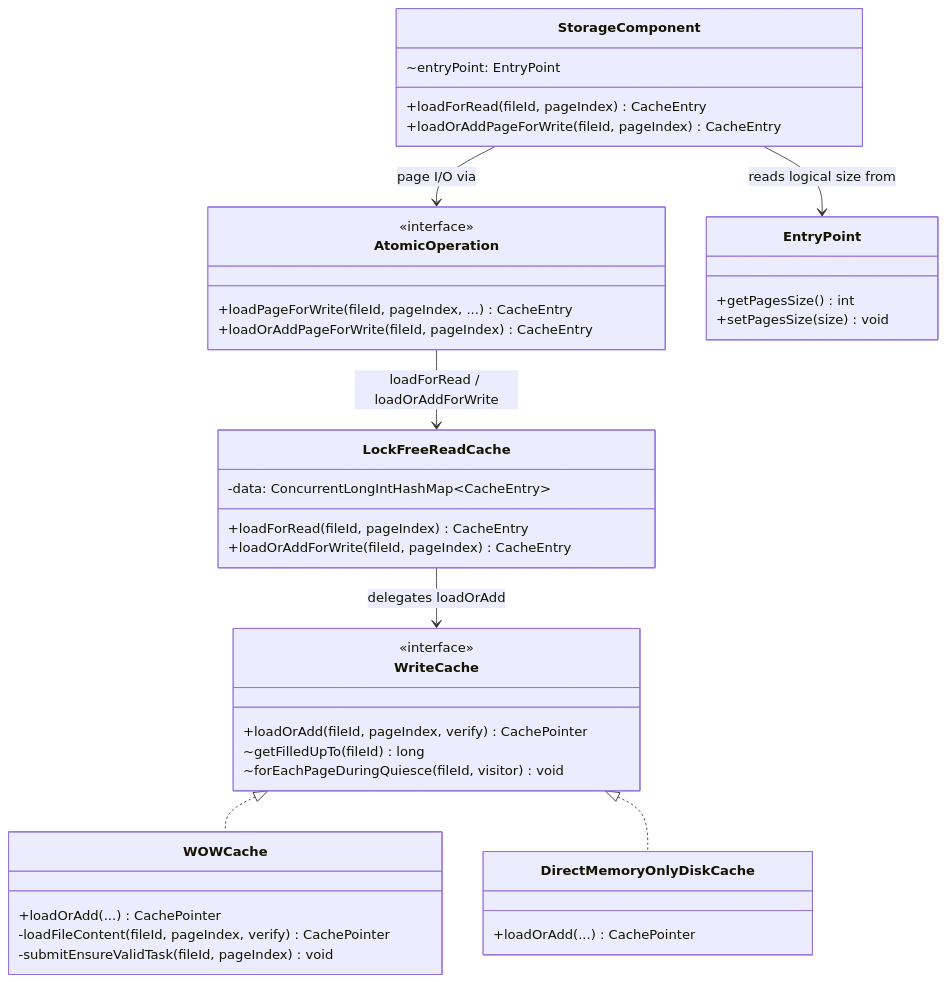
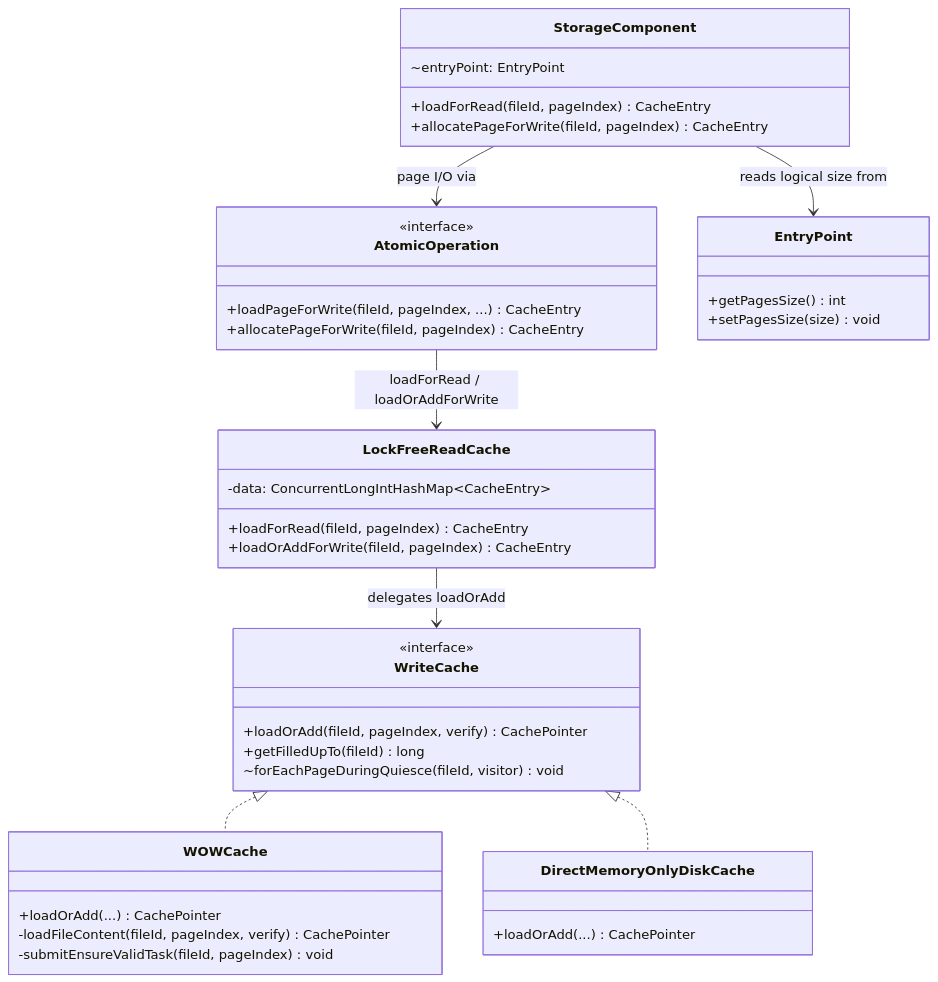
One commit to JetBrains/youtrackdb changed the first of 4 diagrams in docs/adr/read-cache-concurrency-bug/_workflow/design.md. Above: the diagram before and after it, drawn with Mermaid. The commit also changed other lines of this file and 4 other files, not shown here.

````diff
--- a/docs/adr/read-cache-concurrency-bug/_workflow/design.md
+++ b/docs/adr/read-cache-concurrency-bug/_workflow/design.md
@@ -44,43 +44,43 @@
 ```mermaid
 classDiagram
     class WriteCache {
         <<interface>>
         +loadOrAdd(fileId, pageIndex, verify) CachePointer
-        ~getFilledUpTo(fileId) long
+        +getFilledUpTo(fileId) long
         ~forEachPageDuringQuiesce(fileId, visitor) void
     }
     class WOWCache {
         +loadOrAdd(...) CachePointer
         -loadFileContent(fileId, pageIndex, verify) CachePointer
         -submitEnsureValidTask(fileId, pageIndex) void
     }
     class DirectMemoryOnlyDiskCache {
         +loadOrAdd(...) CachePointer
     }
     class LockFreeReadCache {
         +loadForRead(fileId, pageIndex) CacheEntry
         +loadOrAddForWrite(fileId, pageIndex) CacheEntry
         -data: ConcurrentLongIntHashMap~CacheEntry~
     }
     class StorageComponent {
         +loadForRead(fileId, pageIndex) CacheEntry
-        +loadOrAddPageForWrite(fileId, pageIndex) CacheEntry
+        +allocatePageForWrite(fileId, pageIndex) CacheEntry
         ~entryPoint: EntryPoint
     }
     class AtomicOperation {
         <<interface>>
         +loadPageForWrite(fileId, pageIndex, ...) CacheEntry
-        +loadOrAddPageForWrite(fileId, pageIndex) CacheEntry
+        +allocatePageForWrite(fileId, pageIndex) CacheEntry
     }
     class EntryPoint {
         +getPagesSize() int
         +setPagesSize(size) void
     }
 
     WriteCache <|.. WOWCache
     WriteCache <|.. DirectMemoryOnlyDiskCache
     LockFreeReadCache --> WriteCache : delegates loadOrAdd
     StorageComponent --> AtomicOperation : page I/O via
     StorageComponent --> EntryPoint : reads logical size from
     AtomicOperation --> LockFreeReadCache : loadForRead / loadOrAddForWrite
 ```
````
